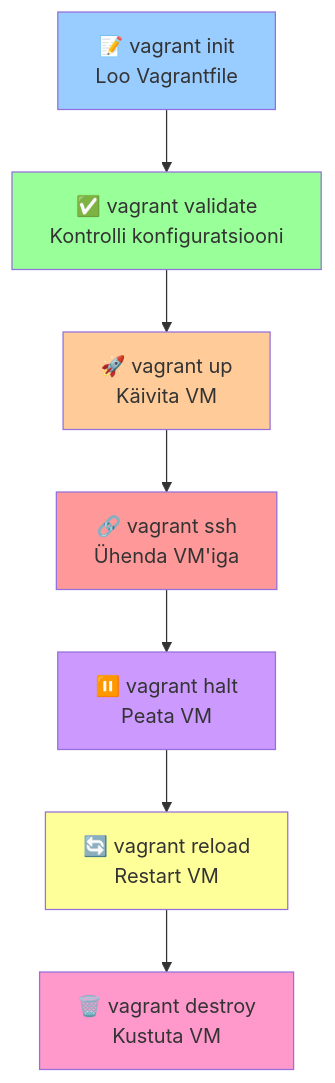
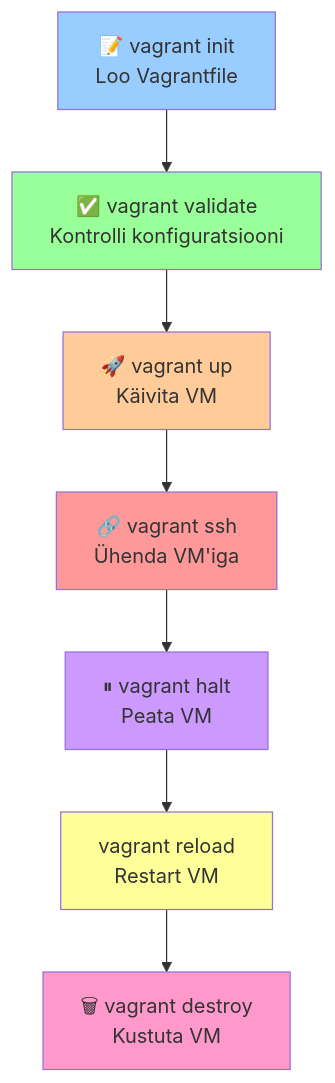
Before and after one commit to mtalvik/automation: the diagram in docs/ansible_roles/lecture.md, drawn with Mermaid. The commit also changed other lines of this file and 168 other files, not shown here.

````diff
--- a/docs/ansible_roles/lecture.md
+++ b/docs/ansible_roles/lecture.md
@@ -89,17 +89,17 @@
 ```mermaid
 flowchart TD
     A[📝 vagrant init<br/>Loo Vagrantfile] --> B[✅ vagrant validate<br/>Kontrolli konfiguratsiooni]
     B --> C[🚀 vagrant up<br/>Käivita VM]
     C --> D[🔗 vagrant ssh<br/>Ühenda VM'iga]
-    D --> E[⏸️ vagrant halt<br/>Peata VM]
-    E --> F[🔄 vagrant reload<br/>Restart VM]
-    F --> G[🗑️ vagrant destroy<br/>Kustuta VM]
+    D --> E[⏸ vagrant halt<br/>Peata VM]
+    E --> F[ vagrant reload<br/>Restart VM]
+    F --> G[🗑 vagrant destroy<br/>Kustuta VM]
     
     style A fill:#99ccff
     style B fill:#99ff99
     style C fill:#ffcc99
     style D fill:#ff9999
     style E fill:#cc99ff
     style F fill:#ffff99
     style G fill:#ff99cc
 ```
````
